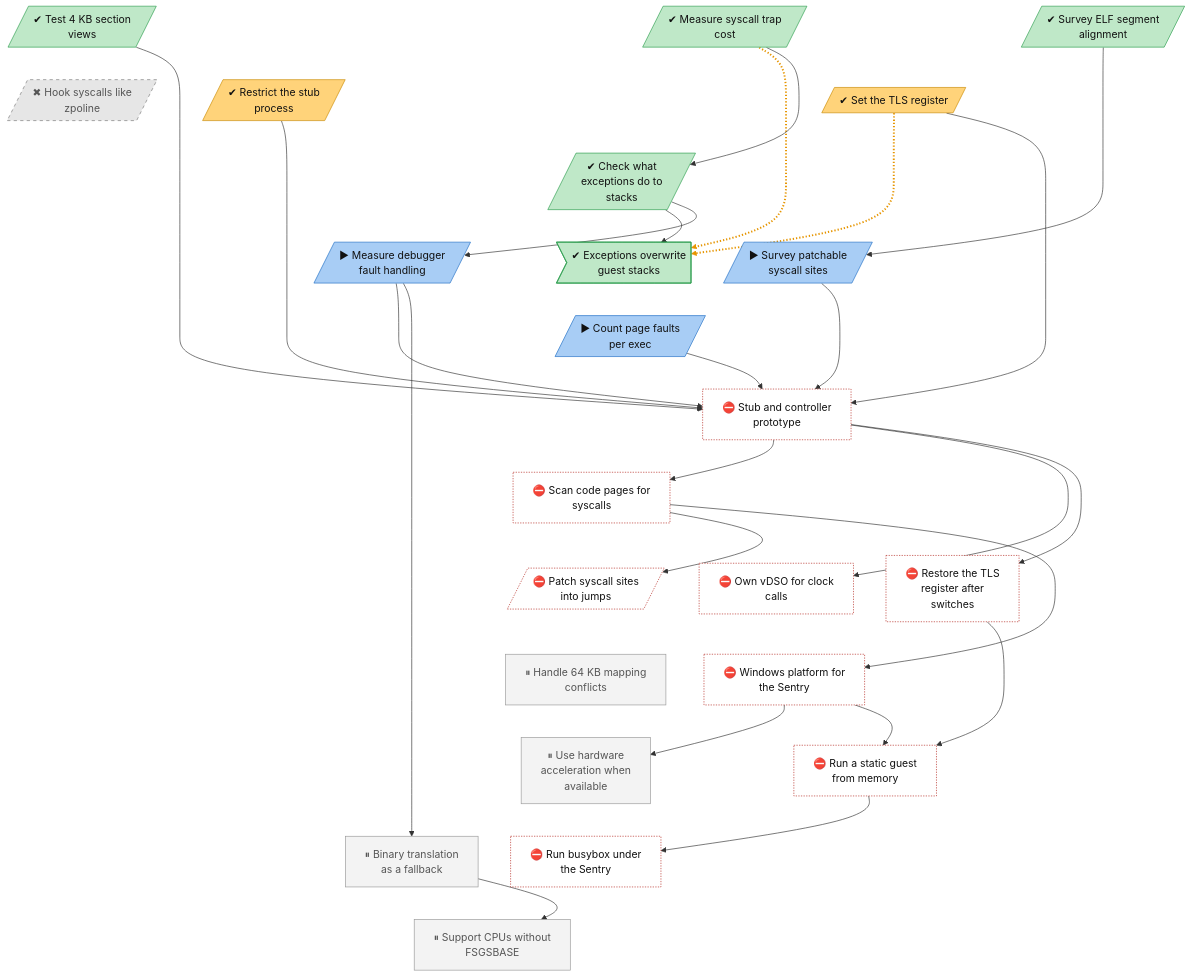
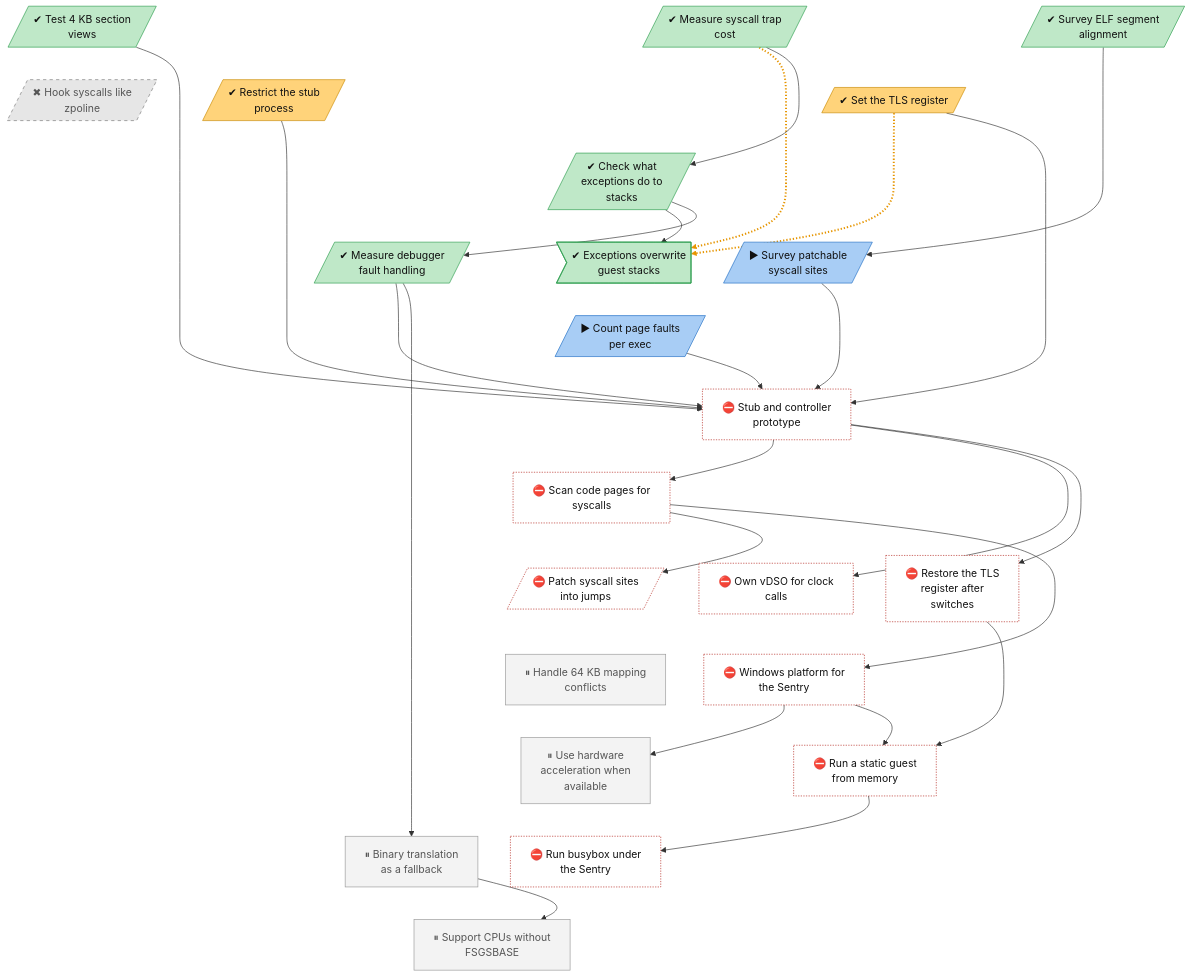
The diagram in docs/roadmap/tracks/platform.md (lhns/gvisor-windows), drawn with Mermaid before and after one commit. The commit also changed other lines of this file and 3 other files, not shown here.

````diff
--- a/docs/roadmap/tracks/platform.md
+++ b/docs/roadmap/tracks/platform.md
@@ -17,7 +17,7 @@
     platform_zpoline_hooks[/"✖ Hook syscalls like<br/>zpoline"/]
     platform_exception_stack[/"✔ Check what<br/>exceptions do to<br/>stacks"/]
     platform_veh_on_guest_stack_unsafe>"✔ Exceptions overwrite<br/>guest stacks"]
-    platform_debug_event_cost[/"▶ Measure debugger<br/>fault handling"/]
+    platform_debug_event_cost[/"✔ Measure debugger<br/>fault handling"/]
     platform_syscall_site_survey[/"▶ Survey patchable<br/>syscall sites"/]
     platform_faults_per_exec[/"▶ Count page faults<br/>per exec"/]
     platform_stub_controller["⛔ Stub and controller<br/>prototype"]
@@ -96,10 +96,10 @@
     classDef decided fill:#ece0f7,stroke:#7b3fb5,stroke-dasharray:2 2,color:#111
     classDef finding fill:#ffe0b2,stroke:#d84315,stroke-width:2px,color:#111
     classDef waiting fill:#e3f2fd,stroke:#1f6fc5,stroke-dasharray:5 5,color:#111
-    class platform_elf_alignment_survey,platform_trap_cost,platform_4k_section_views,platform_exception_stack,platform_veh_on_guest_stack_unsafe succ
+    class platform_elf_alignment_survey,platform_trap_cost,platform_4k_section_views,platform_exception_stack,platform_veh_on_guest_stack_unsafe,platform_debug_event_cost succ
     class platform_tls_register,platform_restricted_stub mixed
     class platform_zpoline_hooks dead
-    class platform_debug_event_cost,platform_syscall_site_survey,platform_faults_per_exec inprog
+    class platform_syscall_site_survey,platform_faults_per_exec inprog
     class platform_stub_controller,platform_page_verification,platform_syscall_fast_path,platform_own_vdso,platform_fs_base_repair,platform_winstub,platform_static_guest_from_memory,platform_busybox_on_windows blocked
     class platform_64k_mapping_conflicts,platform_hardware_acceleration,platform_binary_translation_fallback,platform_no_fsgsbase_fallback parked
 ```
````
